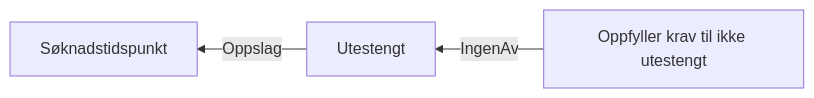
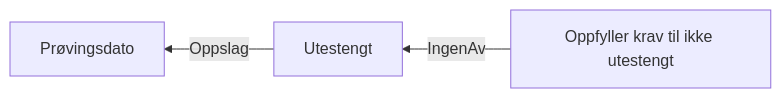
The diagram in docs/regler/§ 4-28 Utestengning.approved.md (navikt/dp-vedtak), drawn with Mermaid before and after one commit. The commit also changed 41 other files, not shown here.

Commit message:
Bytt ut søknadstidspunkt med prøvingsdato i reglene

````diff
--- a/docs/regler/§ 4-28 Utestengning.approved.md
+++ b/docs/regler/§ 4-28 Utestengning.approved.md
@@ -5,5 +5,5 @@
 ```mermaid
 graph RL
-  A["Utestengt"] -->|"Oppslag"| B["Søknadstidspunkt"]
+  A["Utestengt"] -->|"Oppslag"| B["Prøvingsdato"]
   C["Oppfyller krav til ikke utestengt"] -->|"IngenAv"| A["Utestengt"]
 ```
````
